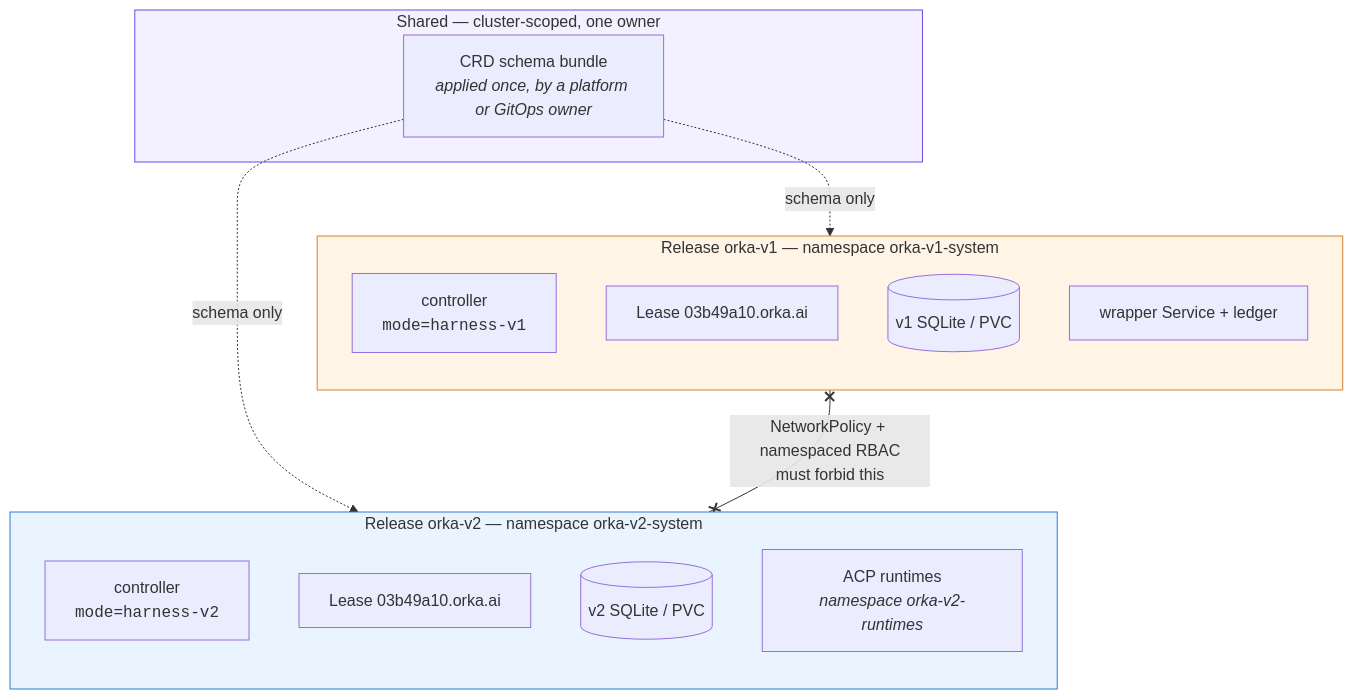
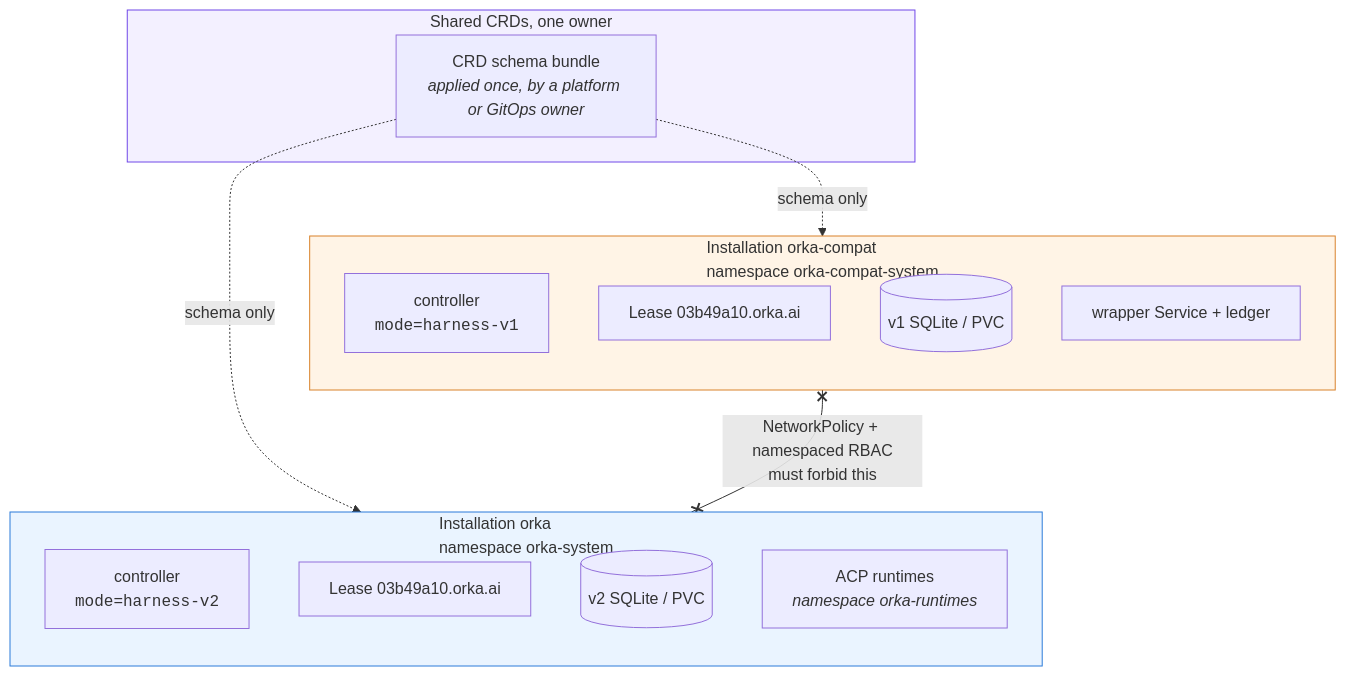
One commit to mumtazf/orka changed the diagram in website/docs/operations/harness-modes.md. Above: the diagram before and after it, drawn with Mermaid. The commit also changed other lines of this file and 7 other files, not shown here.

````diff
--- a/website/docs/operations/harness-modes.md
+++ b/website/docs/operations/harness-modes.md
@@ -59,31 +64,31 @@
 ```mermaid
 flowchart TB
-    subgraph shared["Shared — cluster-scoped, one owner"]
+    subgraph shared["Shared CRDs, one owner"]
         CRDs["CRD schema bundle<br/><i>applied once, by a platform or GitOps owner</i>"]
     end
 
-    subgraph v1["Release orka-v1 — namespace orka-v1-system"]
+    subgraph v1["Installation orka-compat<br/>namespace orka-compat-system"]
         direction TB
         C1["controller<br/><code>mode=harness-v1</code>"]
         L1["Lease 03b49a10.orka.ai"]
         S1[("v1 SQLite / PVC")]
         D1["wrapper Service + ledger"]
     end
 
-    subgraph v2["Release orka-v2 — namespace orka-v2-system"]
+    subgraph v2["Installation orka<br/>namespace orka-system"]
         direction TB
         C2["controller<br/><code>mode=harness-v2</code>"]
         L2["Lease 03b49a10.orka.ai"]
         S2[("v2 SQLite / PVC")]
-        R2["ACP runtimes<br/><i>namespace orka-v2-runtimes</i>"]
+        R2["ACP runtimes<br/><i>namespace orka-runtimes</i>"]
     end
 
     CRDs -.->|schema only| v1
     CRDs -.->|schema only| v2
 
     v1 x--x|"NetworkPolicy + namespaced RBAC<br/>must forbid this"| v2
 
     style shared fill:#f3f0ff,stroke:#7048e8
     style v1 fill:#fff4e6,stroke:#d9822b
     style v2 fill:#eaf4ff,stroke:#2b7bd9
 ```
````
